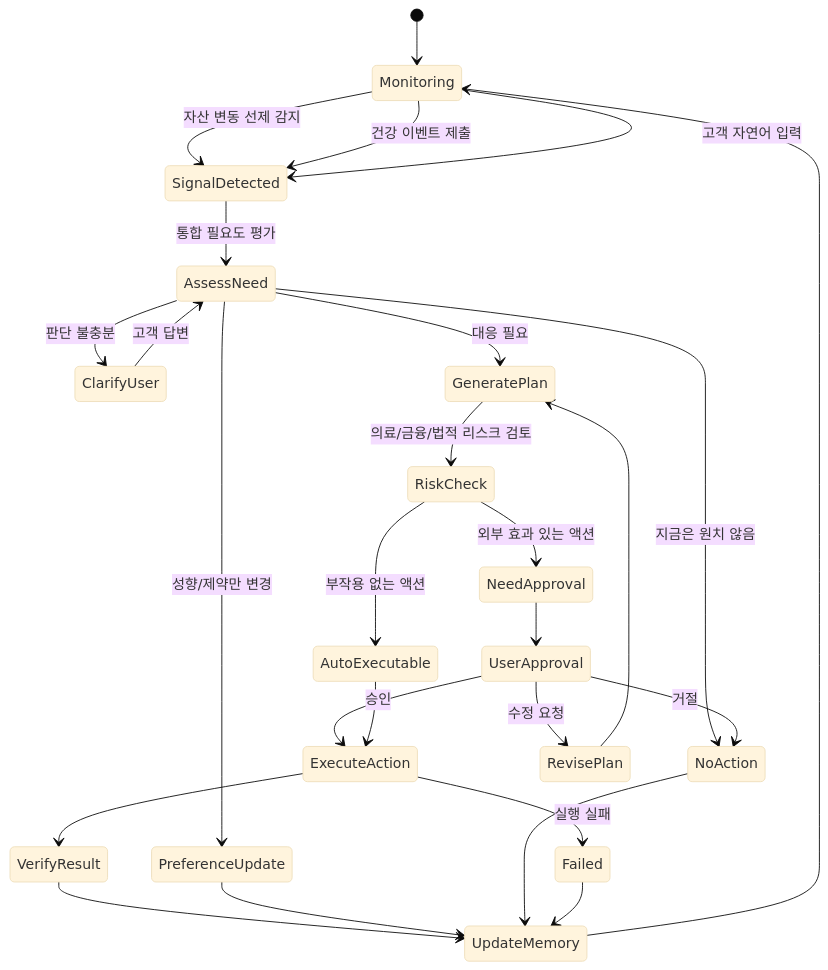
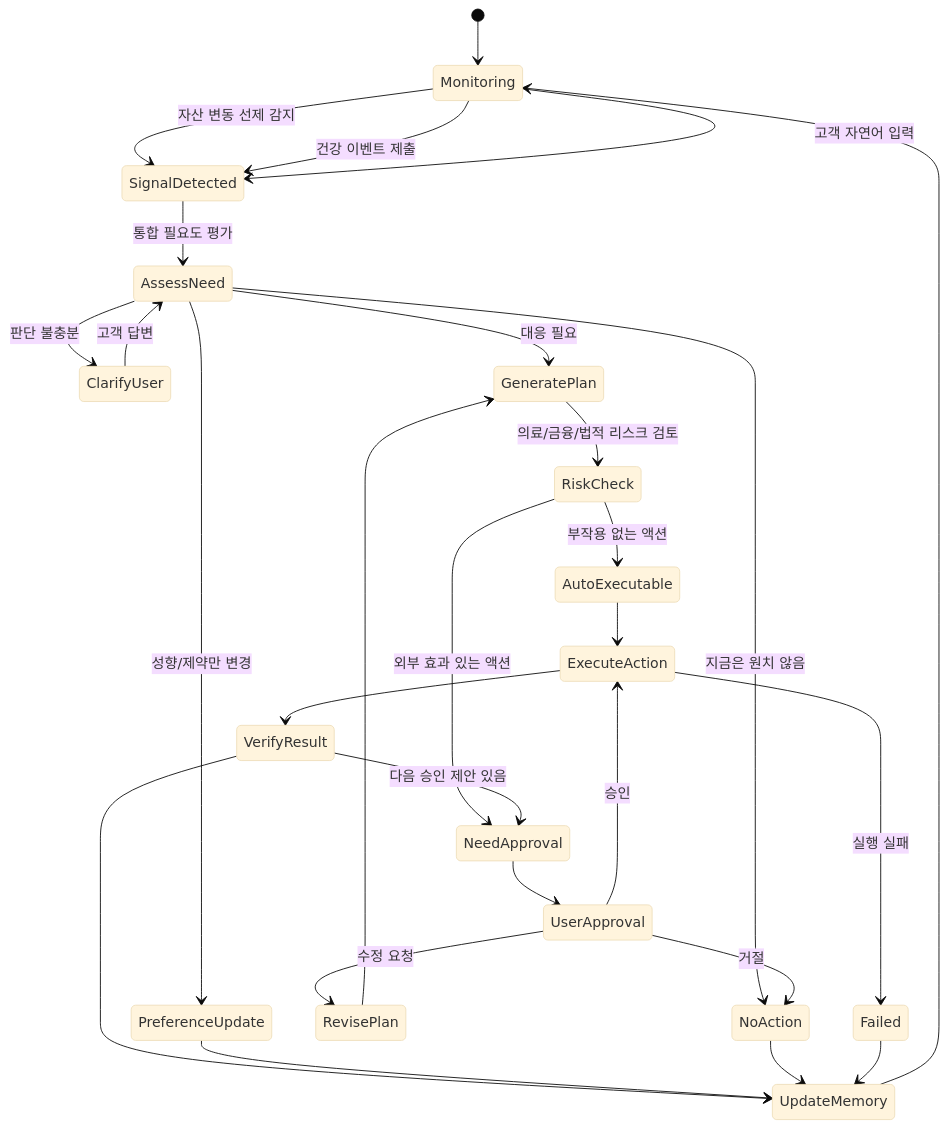
One commit to YoonMin02/JB-WM-backend changed the diagram in docs/03_STATE_MACHINE.md. Above: the diagram before and after it, drawn with Mermaid (base theme). The commit also changed other lines of this file and 52 other files, not shown here.

````diff
--- a/docs/03_STATE_MACHINE.md
+++ b/docs/03_STATE_MACHINE.md
@@ -24,37 +24,38 @@
 ```mermaid
 stateDiagram-v2
     [*] --> Monitoring
 
     Monitoring --> SignalDetected: 자산 변동 선제 감지
     Monitoring --> SignalDetected: 건강 이벤트 제출
     Monitoring --> SignalDetected: 고객 자연어 입력
 
     SignalDetected --> AssessNeed: 통합 필요도 평가
 
     AssessNeed --> ClarifyUser: 판단 불충분
     ClarifyUser --> AssessNeed: 고객 답변
     AssessNeed --> PreferenceUpdate: 성향/제약만 변경
     AssessNeed --> NoAction: 지금은 원치 않음
     AssessNeed --> GeneratePlan: 대응 필요
 
     GeneratePlan --> RiskCheck: 의료/금융/법적 리스크 검토
     RiskCheck --> AutoExecutable: 부작용 없는 액션
     RiskCheck --> NeedApproval: 외부 효과 있는 액션
 
     NeedApproval --> UserApproval
     UserApproval --> ExecuteAction: 승인
     UserApproval --> RevisePlan: 수정 요청
     UserApproval --> NoAction: 거절
     RevisePlan --> GeneratePlan
 
     AutoExecutable --> ExecuteAction
 
     ExecuteAction --> VerifyResult
     VerifyResult --> UpdateMemory
+    VerifyResult --> NeedApproval: 다음 승인 제안 있음
     PreferenceUpdate --> UpdateMemory
     NoAction --> UpdateMemory
     UpdateMemory --> Monitoring
 
     ExecuteAction --> Failed: 실행 실패
     Failed --> UpdateMemory
 ```
````
